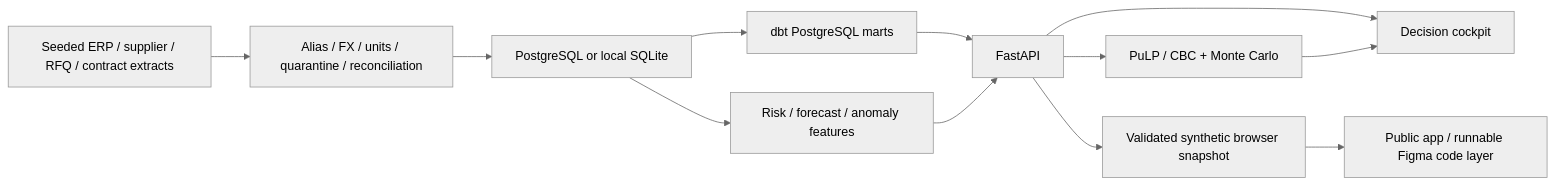
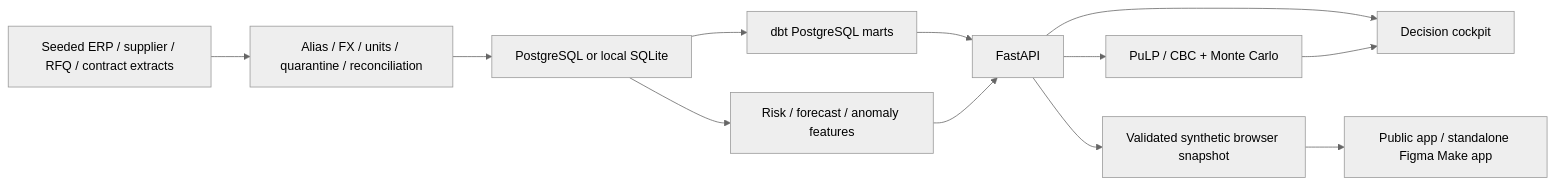
One commit to DaniyalHayat/source360-ai changed the diagram in README.md. Above: the diagram before and after it, drawn with Mermaid (neutral theme). The commit also changed other lines of this file and 3 other files, not shown here.

````diff
--- a/README.md
+++ b/README.md
@@ -50,14 +54,14 @@
 ```mermaid
 flowchart LR
   Raw[Seeded ERP / supplier / RFQ / contract extracts] --> Gate[Alias / FX / units / quarantine / reconciliation]
   Gate --> DB[PostgreSQL or local SQLite]
   DB --> SQL[dbt PostgreSQL marts]
   DB --> Features[Risk / forecast / anomaly features]
   SQL --> API[FastAPI]
   Features --> API
   API --> Solver[PuLP / CBC + Monte Carlo]
   API --> Web[Decision cockpit]
   Solver --> Web
   API --> Snapshot[Validated synthetic browser snapshot]
-  Snapshot --> Public[Public app / runnable Figma code layer]
+  Snapshot --> Public[Public app / standalone Figma Make app]
 ```
````
